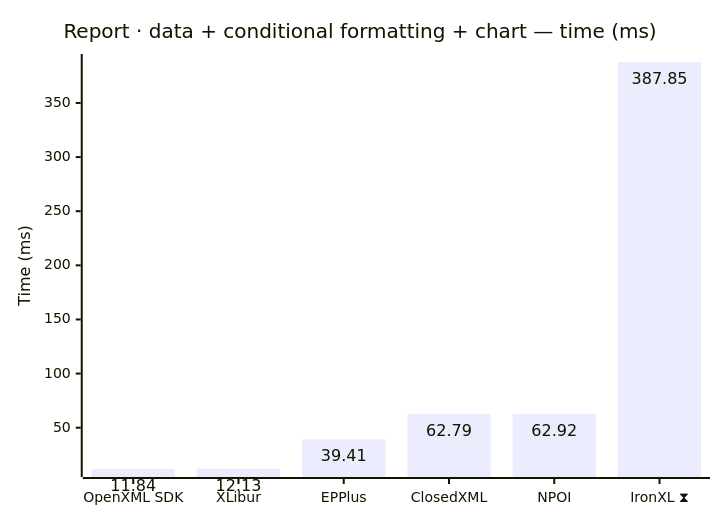
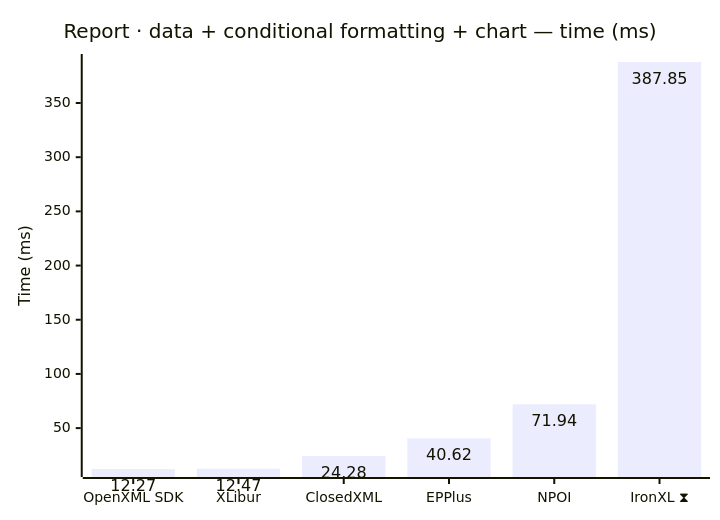
Before and after one commit to jafin/XLBench: the seventh of 12 diagrams in docs/results-ci.md, drawn with Mermaid. The commit also changed other lines of this file, not shown here.

````diff
--- a/docs/results-ci.md
+++ b/docs/results-ci.md
@@ -119,12 +119,12 @@
 ```mermaid
 ---
 config:
   xyChart:
     showDataLabel: true
 ---
 xychart-beta
     title "Report · data + conditional formatting + chart — time (ms)"
-    x-axis ["OpenXML SDK", "XLibur", "EPPlus", "ClosedXML", "NPOI", "IronXL ⧗"]
+    x-axis ["OpenXML SDK", "XLibur", "ClosedXML", "EPPlus", "NPOI", "IronXL ⧗"]
     y-axis "Time (ms)"
-    bar [11.84, 12.13, 39.41, 62.79, 62.92, 387.85]
+    bar [12.27, 12.47, 24.28, 40.62, 71.94, 387.85]
 ```
````
